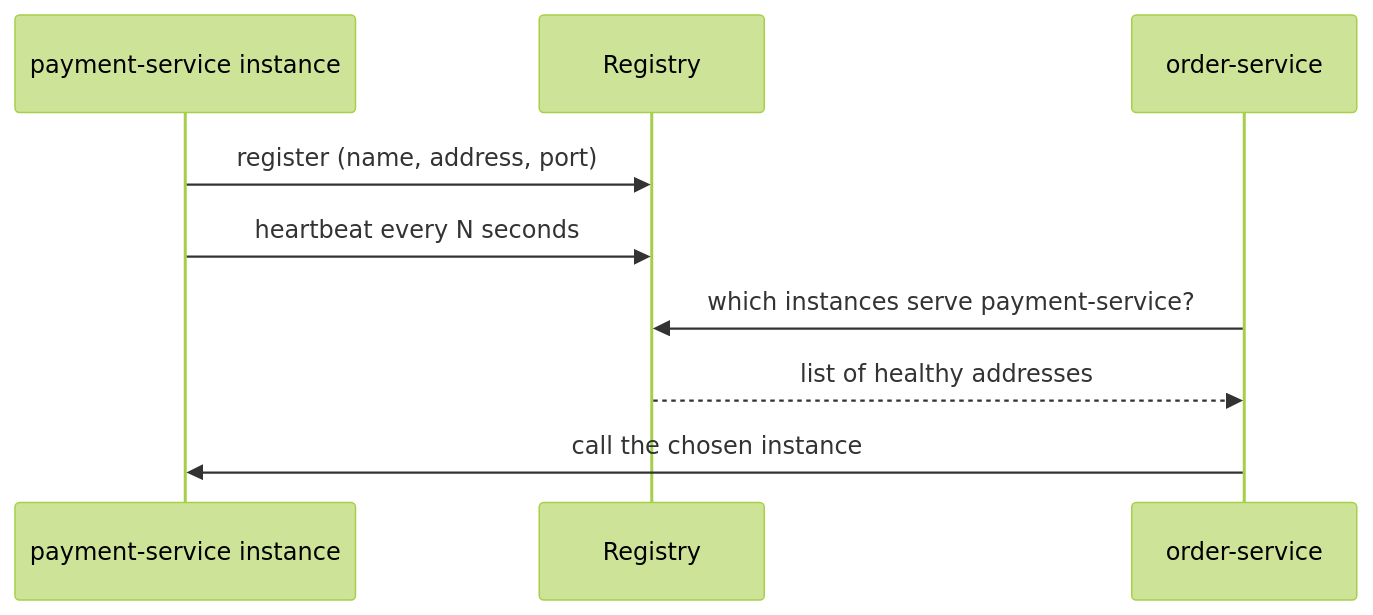
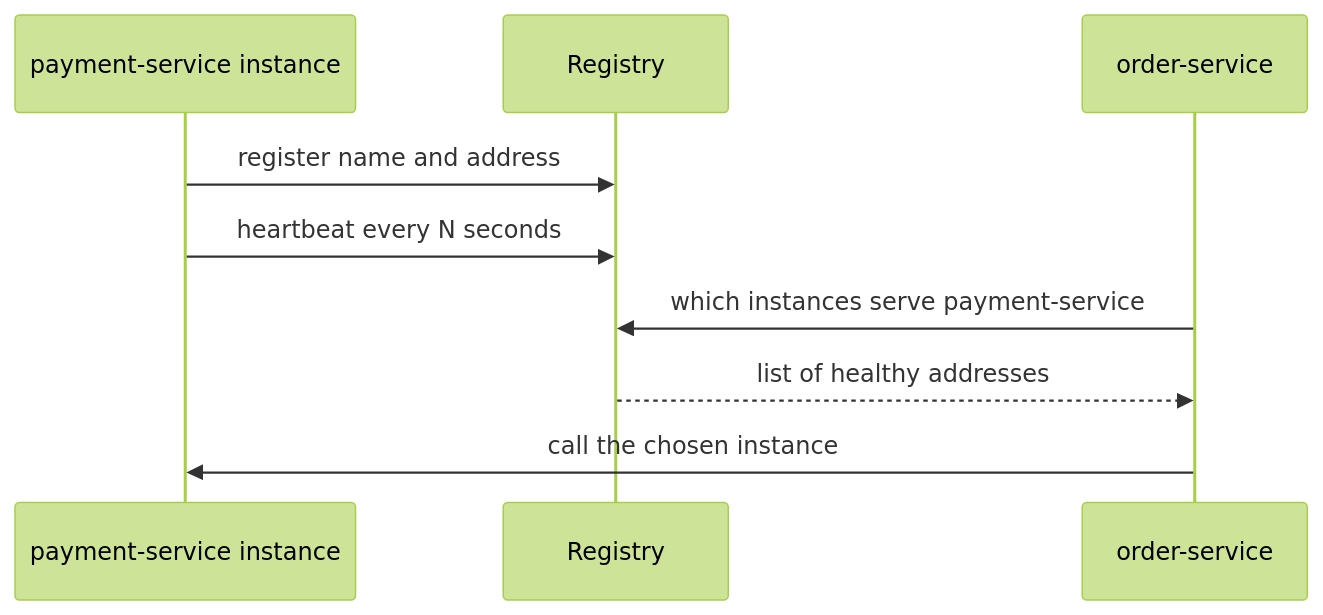
The diagram in docs/learning/14-microservices/service-discovery.md (AthiraMohan14/Complete-Java-Resource-PlayBook), drawn with Mermaid (forest theme) before and after one commit. The commit also changed other lines of this file and 174 other files, not shown here.

````diff
--- a/docs/learning/14-microservices/service-discovery.md
+++ b/docs/learning/14-microservices/service-discovery.md
@@ -19,11 +26,11 @@
 ```mermaid
 sequenceDiagram
     participant P as payment-service instance
     participant R as Registry
     participant C as order-service
-    P->>R: register (name, address, port)
+    P->>R: register name and address
     P->>R: heartbeat every N seconds
-    C->>R: which instances serve payment-service?
+    C->>R: which instances serve payment-service
     R-->>C: list of healthy addresses
     C->>P: call the chosen instance
 ```
````
